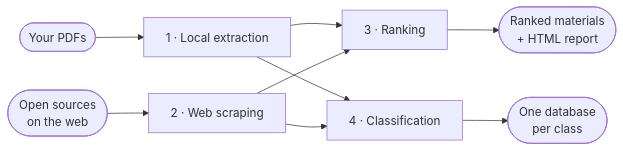
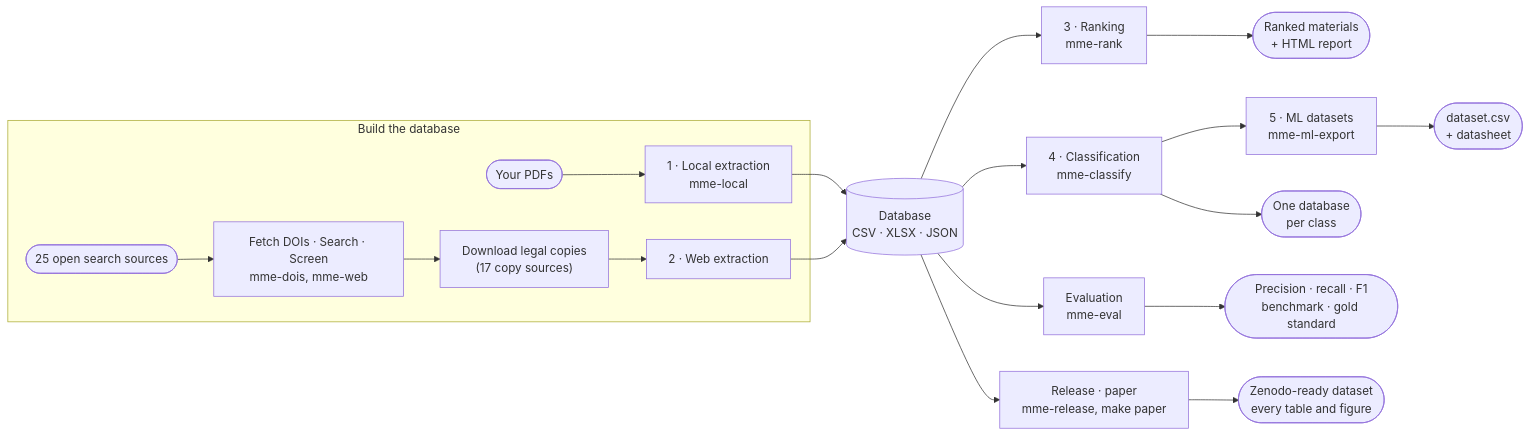
Before and after one commit to YounesMoukhlij/MoukhlijMatExtract: the first of 2 diagrams in README.md, drawn with Mermaid. The commit also changed other lines of this file and 1 other file, not shown here.

````diff
--- a/README.md
+++ b/README.md
@@ -60,11 +117,21 @@
 ```mermaid
 flowchart LR
-    A(["Your PDFs"]) --> B["1 · Local extraction"]
-    C(["Open sources<br/>on the web"])  --> D["2 · Web scraping"]
-    B --> G["3 · Ranking"]
-    B --> H["4 · Classification"]
-    D --> G
-    D --> H
-    G --> I(["Ranked materials<br/>+ HTML report"])
-    H --> J(["One database<br/>per class"])
+    subgraph IN["Build the database"]
+        A(["Your PDFs"]) --> L["1 · Local extraction<br/>mme-local"]
+        W(["25 open search sources"]) --> D["Fetch DOIs · Search · Screen<br/>mme-dois, mme-web"]
+        D --> F["Download legal copies<br/>(17 copy sources)"]
+        F --> E["2 · Web extraction"]
+    end
+    L --> DB[("Database<br/>CSV · XLSX · JSON")]
+    E --> DB
+    DB --> R["3 · Ranking<br/>mme-rank"]
+    DB --> C["4 · Classification<br/>mme-classify"]
+    C --> M["5 · ML datasets<br/>mme-ml-export"]
+    DB --> V["Evaluation<br/>mme-eval"]
+    DB --> P["Release · paper<br/>mme-release, make paper"]
+    R --> R2(["Ranked materials<br/>+ HTML report"])
+    C --> C2(["One database<br/>per class"])
+    M --> M2(["dataset.csv<br/>+ datasheet"])
+    V --> V2(["Precision · recall · F1<br/>benchmark · gold standard"])
+    P --> P2(["Zenodo-ready dataset<br/>every table and figure"])
 ```
````
